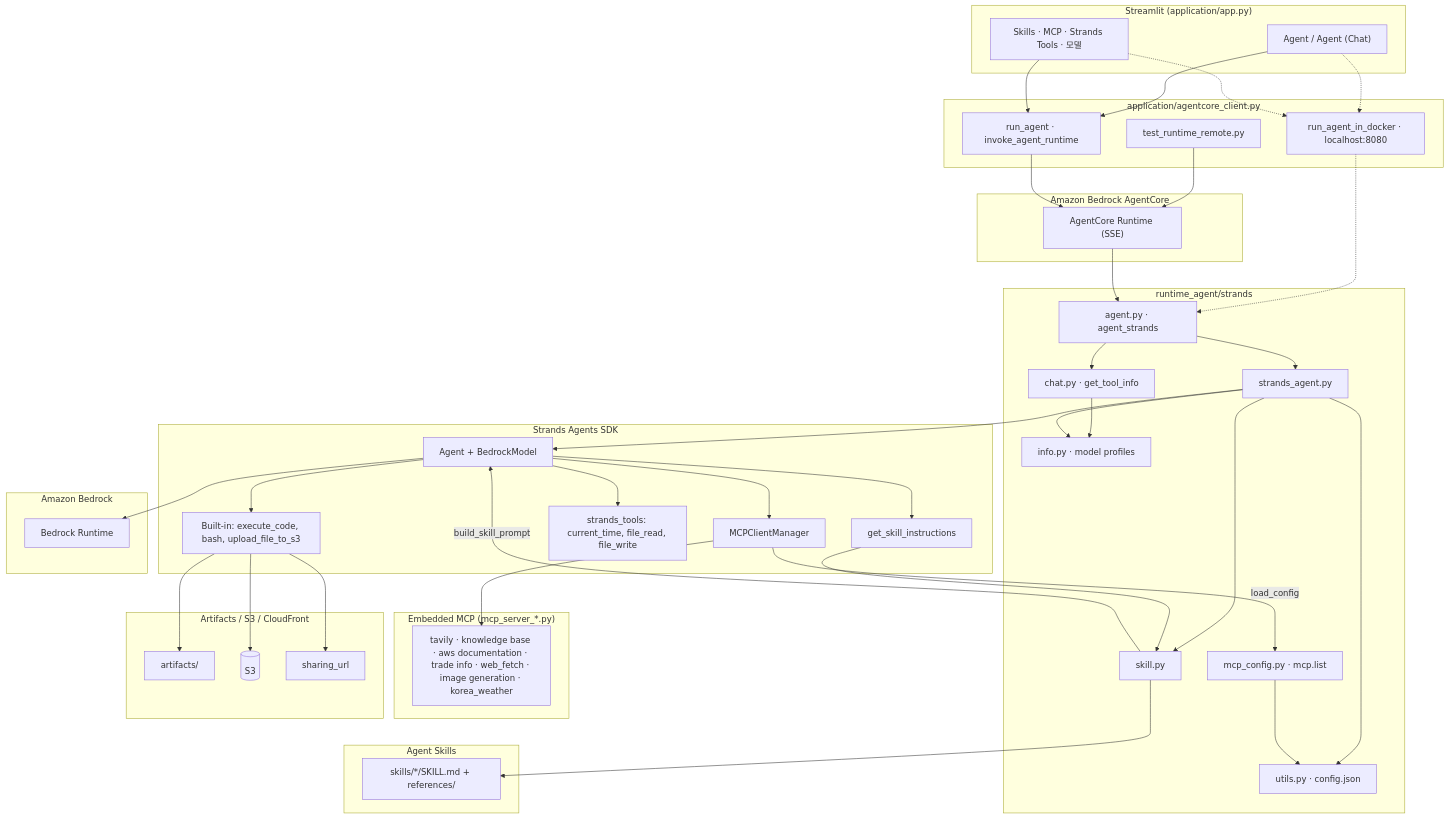
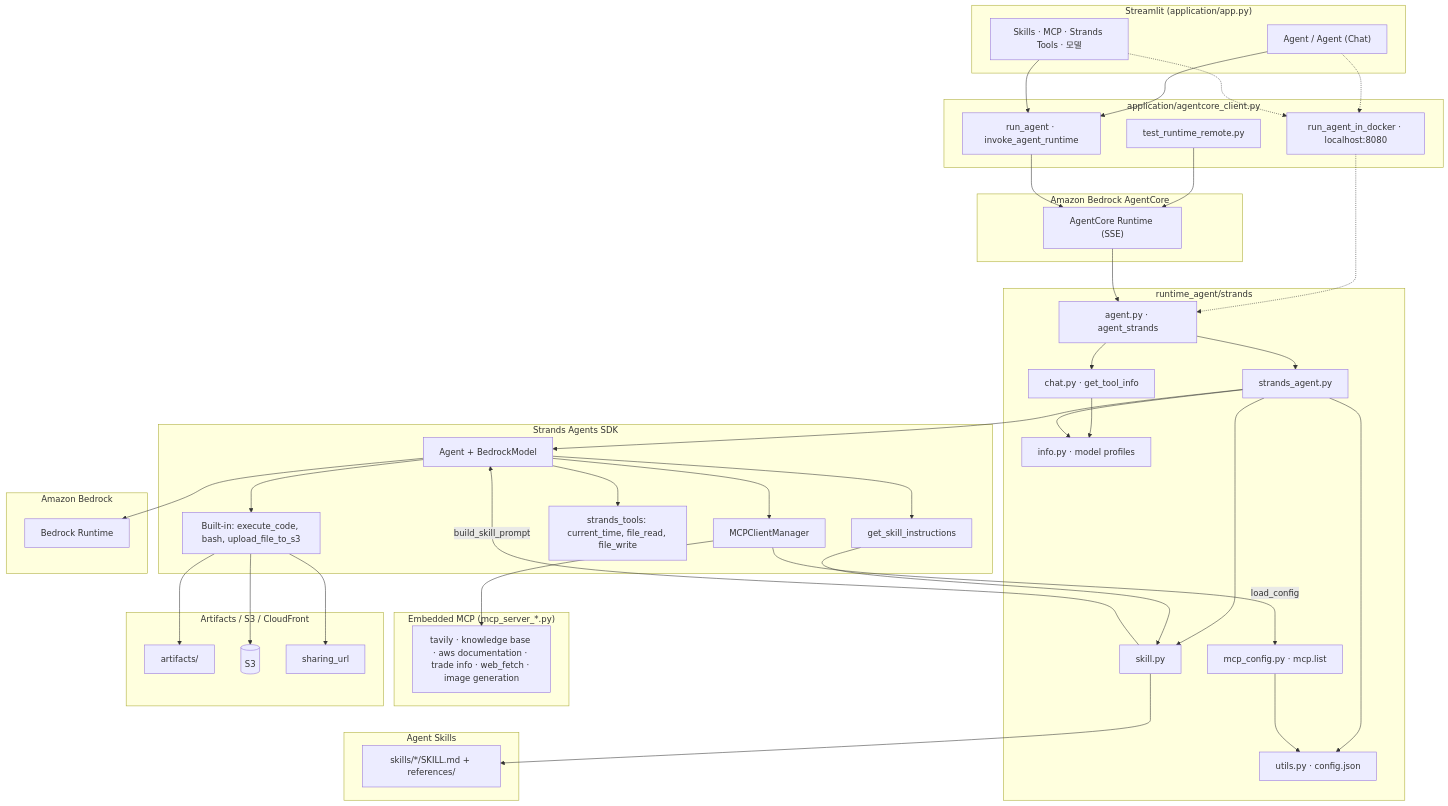
The diagram in runtime_agent/strands/README.md (kyopark2014/strands-runtime), drawn with Mermaid before and after one commit. The commit also changed other lines of this file and 6 other files, not shown here.

```diff
--- a/runtime_agent/strands/README.md
+++ b/runtime_agent/strands/README.md
@@ -51,7 +51,7 @@
   end
 
   subgraph MCPServers["Embedded MCP (mcp_server_*.py)"]
-    MCPsrv["tavily · knowledge base · aws documentation · trade info · web_fetch · image generation · korea_weather"]
+    MCPsrv["tavily · knowledge base · aws documentation · trade info · web_fetch · image generation"]
   end
 
   subgraph LLM["Amazon Bedrock"]
```
